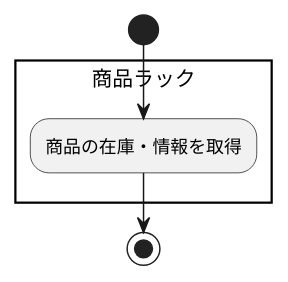
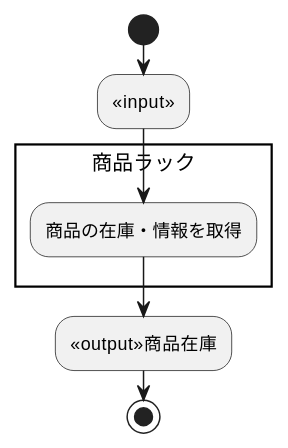
One commit to masaki-kato-119/VendingMachine changed the diagram in アクティビティ図_機能/商品在庫を確認する.wsd. Above: the diagram before and after it, drawn with PlantUML. The commit also changed 11 other files, not shown here.

Commit message:
Add sequence diagrams to verify functionality

```diff
--- a/アクティビティ図_機能/商品在庫を確認する.wsd
+++ b/アクティビティ図_機能/商品在庫を確認する.wsd
@@ -1,7 +1,9 @@
 @startuml
 start
+:<<input>>;
 rectangle 商品ラック {
     :商品の在庫・情報を取得;    
 }
+:<<output>>商品在庫;
 stop
 @enduml
```
